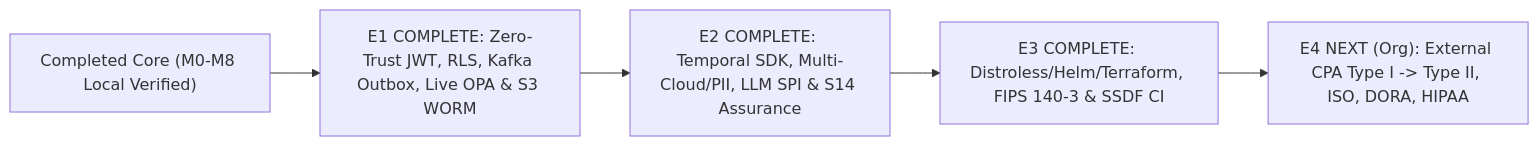
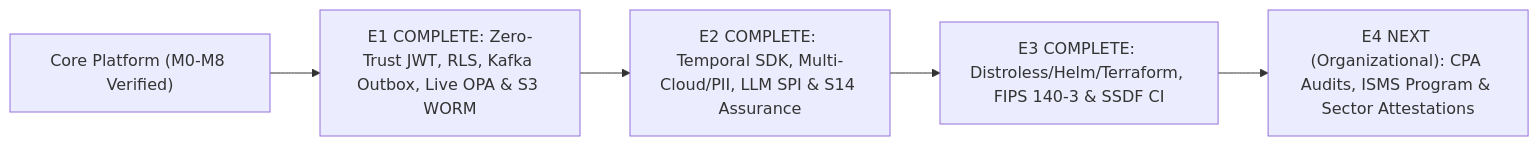
The diagram in docs/compliance/ENTERPRISE_COMPLIANCE_AND_ROADMAP.md (fenoch4real/uacrf-unified-adaptive-cloud-resilience-framework), drawn with Mermaid before and after one commit. The commit also changed other lines of this file and 19 other files, not shown here.

Commit message:
docs: add class diagrams, expand ADRs with descriptions, clarify prose & requirements, and remove timeline day estimates

````diff
--- a/docs/compliance/ENTERPRISE_COMPLIANCE_AND_ROADMAP.md
+++ b/docs/compliance/ENTERPRISE_COMPLIANCE_AND_ROADMAP.md
@@ -5,7 +5,7 @@
 ```mermaid
 flowchart LR
-    M8["Completed Core (M0-M8 Local Verified)"] --> E1["E1 COMPLETE: Zero-Trust JWT, RLS, Kafka Outbox, Live OPA & S3 WORM"]
+    M8["Core Platform (M0-M8 Verified)"] --> E1["E1 COMPLETE: Zero-Trust JWT, RLS, Kafka Outbox, Live OPA & S3 WORM"]
     E1 --> E2["E2 COMPLETE: Temporal SDK, Multi-Cloud/PII, LLM SPI & S14 Assurance"]
     E2 --> E3["E3 COMPLETE: Distroless/Helm/Terraform, FIPS 140-3 & SSDF CI"]
-    E3 --> E4["E4 NEXT (Org): External CPA Type I -> Type II, ISO, DORA, HIPAA"]
+    E3 --> E4["E4 NEXT (Organizational): CPA Audits, ISMS Program & Sector Attestations"]
 ```
````
